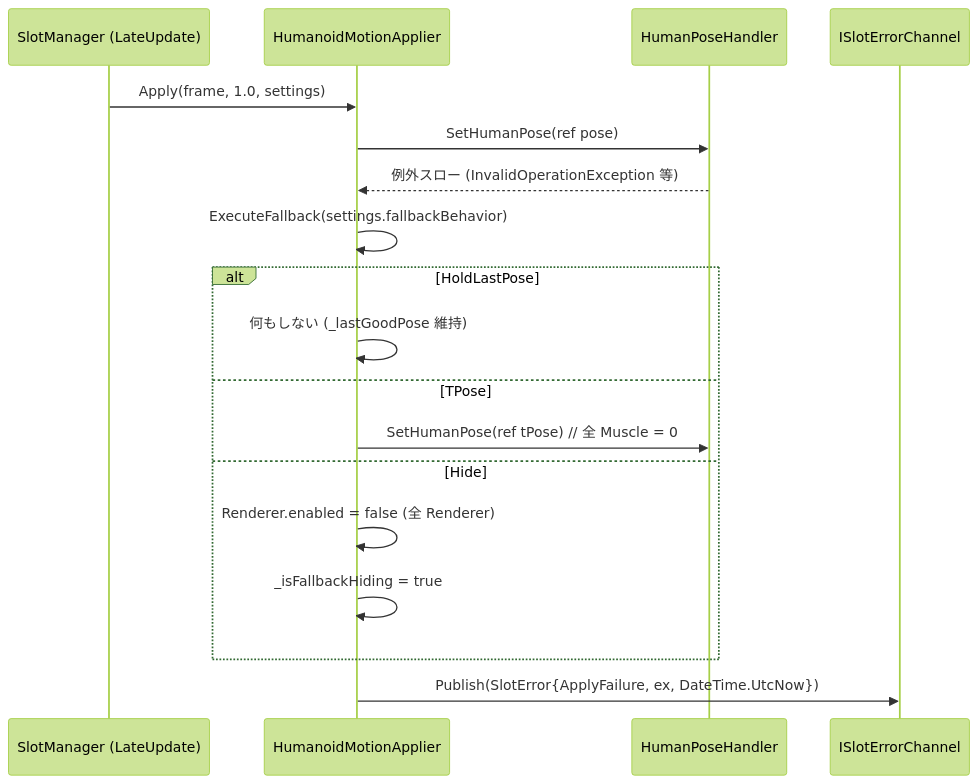
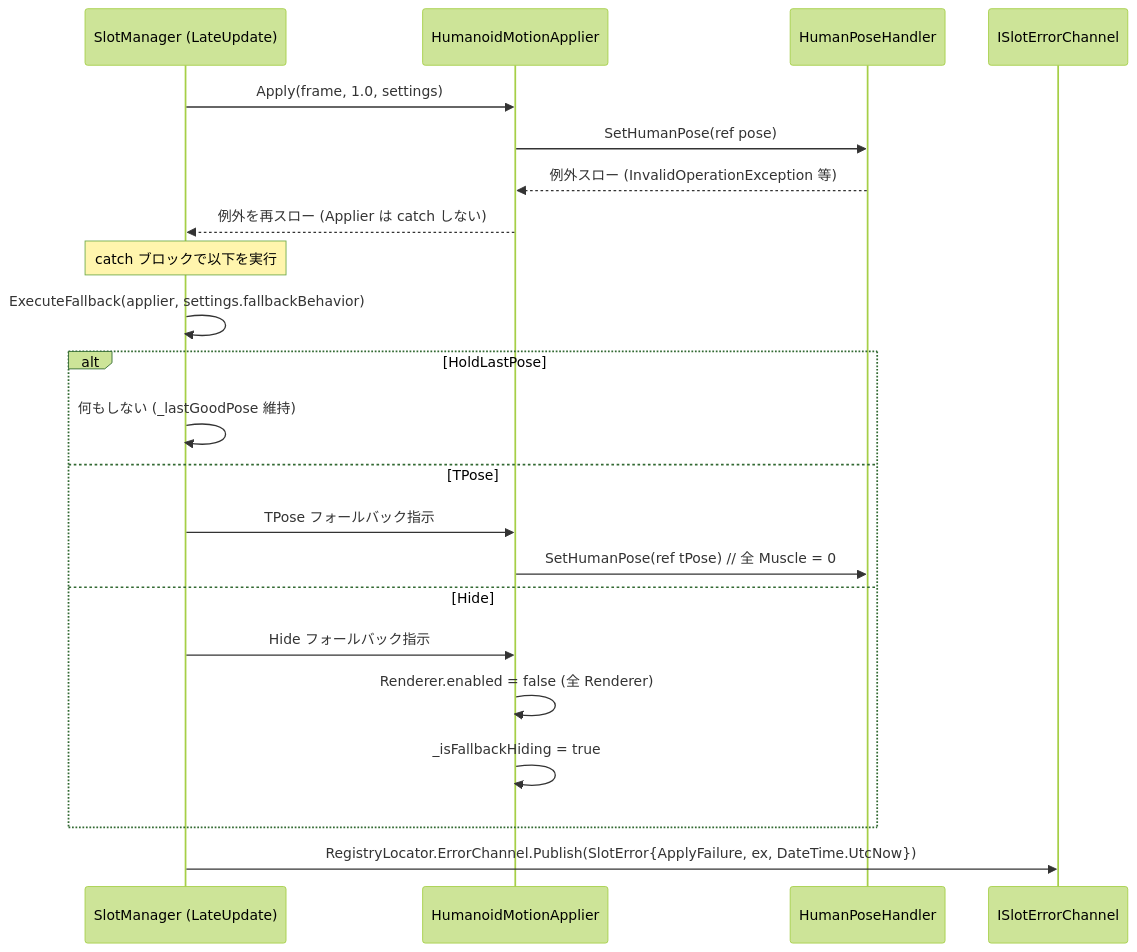
One commit to UNVGI/RealtimeAvatarController changed the second of 3 diagrams in .kiro/specs/motion-pipeline/design.md. Above: the diagram before and after it, drawn with Mermaid (forest theme). The commit also changed other lines of this file and 6 other files, not shown here.

````diff
--- a/.kiro/specs/motion-pipeline/design.md
+++ b/.kiro/specs/motion-pipeline/design.md
@@ -817,24 +850,29 @@
 ```mermaid
 sequenceDiagram
     participant SM as SlotManager (LateUpdate)
     participant AP as HumanoidMotionApplier
     participant PH as HumanPoseHandler
     participant EC as ISlotErrorChannel
 
     SM->>AP: Apply(frame, 1.0, settings)
     AP->>PH: SetHumanPose(ref pose)
     PH-->>AP: 例外スロー (InvalidOperationException 等)
+    AP-->>SM: 例外を再スロー (Applier は catch しない)
 
-    AP->>AP: ExecuteFallback(settings.fallbackBehavior)
+    Note over SM: catch ブロックで以下を実行
+
+    SM->>SM: ExecuteFallback(applier, settings.fallbackBehavior)
 
     alt HoldLastPose
-        AP->>AP: 何もしない (_lastGoodPose 維持)
+        SM->>SM: 何もしない (_lastGoodPose 維持)
     else TPose
+        SM->>AP: TPose フォールバック指示
         AP->>PH: SetHumanPose(ref tPose) // 全 Muscle = 0
     else Hide
+        SM->>AP: Hide フォールバック指示
         AP->>AP: Renderer.enabled = false (全 Renderer)
         AP->>AP: _isFallbackHiding = true
     end
 
-    AP->>EC: Publish(SlotError{ApplyFailure, ex, DateTime.UtcNow})
+    SM->>EC: RegistryLocator.ErrorChannel.Publish(SlotError{ApplyFailure, ex, DateTime.UtcNow})
 ```
````
